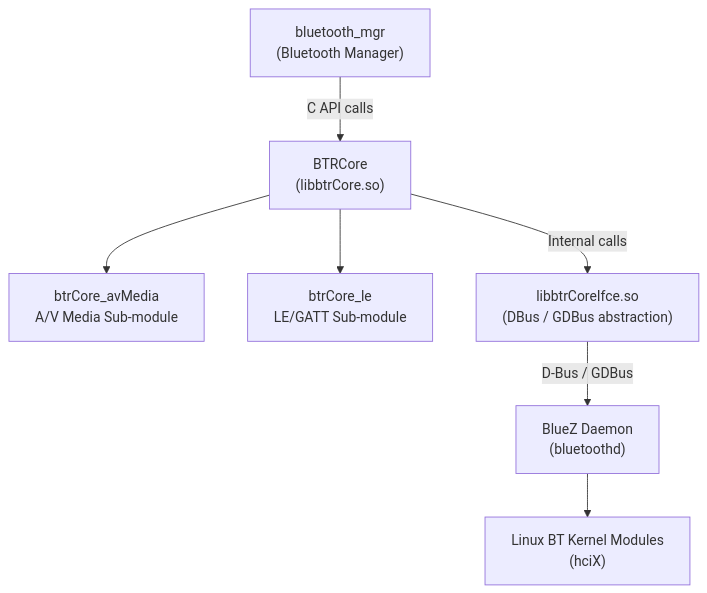
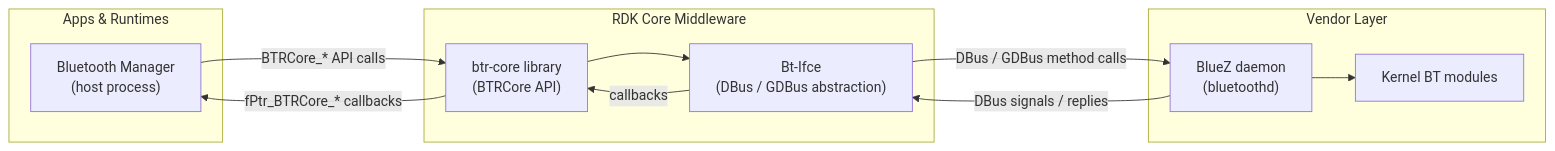
The first of 7 diagrams in docs/docu/RDKV-Documentations/bluetooth-core.md (rns21/RDK_Documentation), drawn with Mermaid before and after one commit. The commit also changed other lines of this file, not shown here.

````diff
--- a/docs/docu/RDKV-Documentations/bluetooth-core.md
+++ b/docs/docu/RDKV-Documentations/bluetooth-core.md
@@ -13,17 +9,29 @@
 ```mermaid
-graph TD
-    BTMgr["bluetooth_mgr\n(Bluetooth Manager)"]
-    BTRCore["BTRCore\n(libbtrCore.so)"]
-    AVMedia["btrCore_avMedia\nA/V Media Sub-module"]
-    LE["btrCore_le\nLE/GATT Sub-module"]
-    Ifce["libbtrCoreIfce.so\n(DBus / GDBus abstraction)"]
-    BlueZ["BlueZ Daemon\n(bluetoothd)"]
-    Kernel["Linux BT Kernel Modules\n(hciX)"]
+flowchart LR
 
-    BTMgr -->|C API calls| BTRCore
-    BTRCore --> AVMedia
-    BTRCore --> LE
-    BTRCore -->|Internal calls| Ifce
-    Ifce -->|D-Bus / GDBus| BlueZ
-    BlueZ --> Kernel
+classDef Apps stroke:#00B9F1,fill:#E6F7FD,stroke-width:2px;
+classDef RDKMW stroke:#75D701,fill:#F1FFE6,stroke-width:2px;
+classDef VL stroke:#808080,fill:#F2F2F2,stroke-width:2px;
+
+subgraph Apps["Apps & Runtimes"]
+    BtMgr["Bluetooth Manager\n(host process)"]
+end
+
+subgraph RDKMW["RDK Core Middleware"]
+    BTRCore["btr-core library\n(BTRCore API)"]
+    BtIfce["Bt-Ifce\n(DBus / GDBus abstraction)"]
+end
+
+subgraph VL["Vendor Layer"]
+    BlueZ["BlueZ daemon\n(bluetoothd)"]
+    Kernel["Kernel BT modules"]
+end
+
+BtMgr -->|BTRCore_* API calls| BTRCore
+BTRCore --> BtIfce
+BtIfce -->|DBus / GDBus method calls| BlueZ
+BlueZ --> Kernel
+BlueZ -->|DBus signals / replies| BtIfce
+BtIfce -->|callbacks| BTRCore
+BTRCore -->|fPtr_BTRCore_* callbacks| BtMgr
 ```
````
